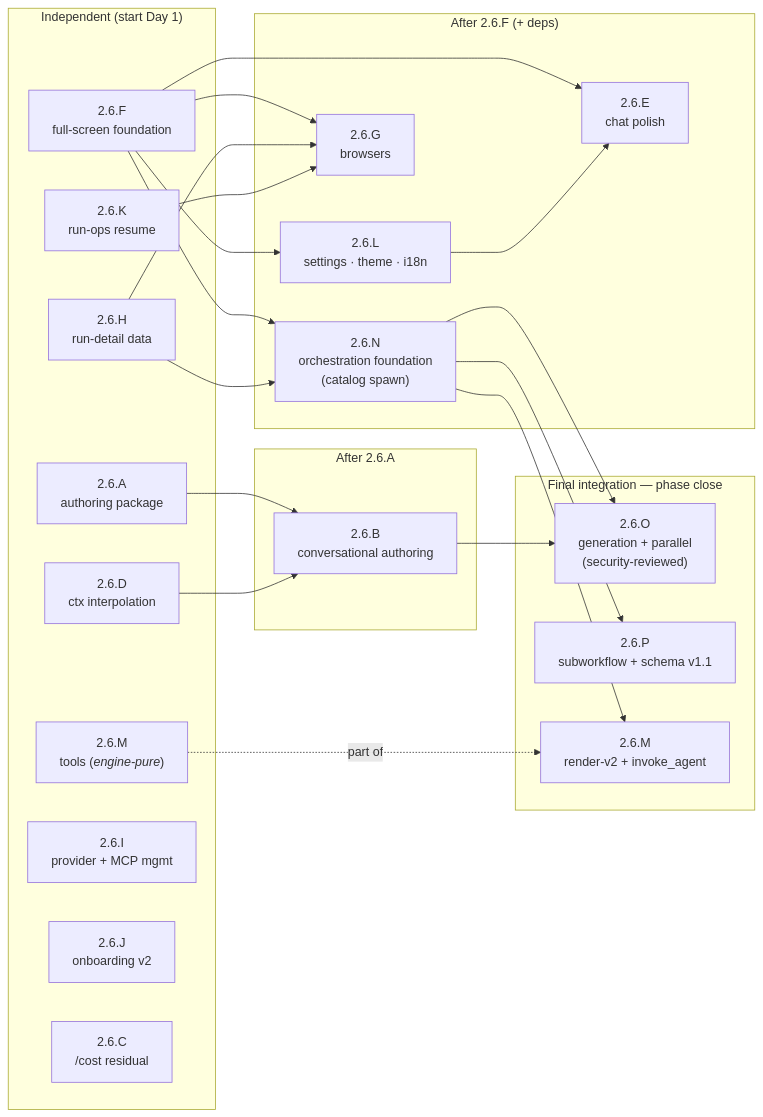
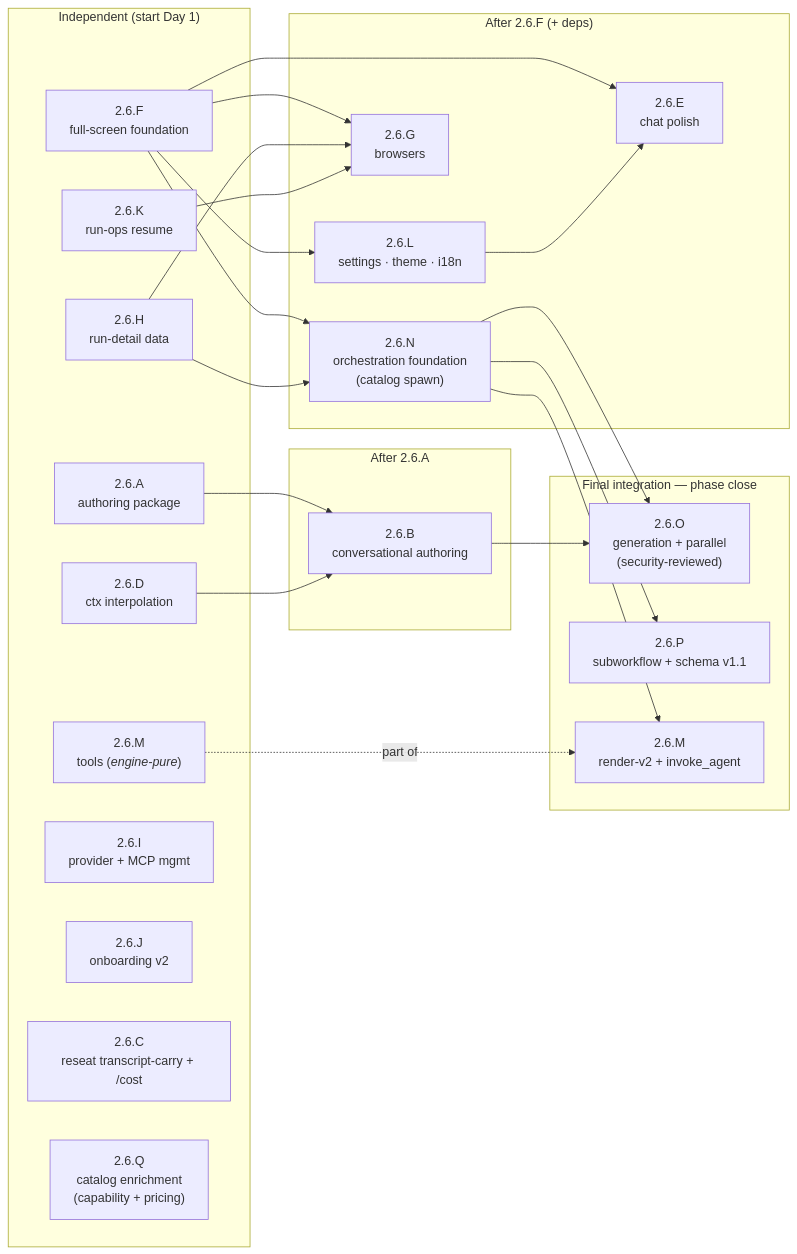
Before and after one commit to HodeTech/Relavium: the diagram in docs/roadmap/phases/phase-2.6-conversational-authoring.md, drawn with Mermaid. The commit also changed other lines of this file and 2 other files, not shown here.

````diff
--- a/docs/roadmap/phases/phase-2.6-conversational-authoring.md
+++ b/docs/roadmap/phases/phase-2.6-conversational-authoring.md
@@ -1039,47 +1181,48 @@
 ```mermaid
 flowchart LR
     subgraph Day1["Independent (start Day 1)"]
         F["2.6.F<br/>full-screen foundation"]
         H["2.6.H<br/>run-detail data"]
         A["2.6.A<br/>authoring package"]
         K["2.6.K<br/>run-ops resume"]
         D["2.6.D<br/>ctx interpolation"]
         M_t["2.6.M<br/>tools (<i>engine-pure</i>)"]
         I["2.6.I<br/>provider + MCP mgmt"]
         J["2.6.J<br/>onboarding v2"]
-        C["2.6.C<br/>/cost residual"]
+        C["2.6.C<br/>reseat transcript-carry + /cost"]
+        Q["2.6.Q<br/>catalog enrichment<br/>(capability + pricing)"]
     end
 
     subgraph AfterF["After 2.6.F (+ deps)"]
         L["2.6.L<br/>settings · theme · i18n"]
         G["2.6.G<br/>browsers"]
         E["2.6.E<br/>chat polish"]
         N["2.6.N<br/>orchestration foundation<br/>(catalog spawn)"]
     end
 
     subgraph AfterA["After 2.6.A"]
         B["2.6.B<br/>conversational authoring"]
     end
 
     subgraph Final["Final integration — phase close"]
         O["2.6.O<br/>generation + parallel<br/>(security-reviewed)"]
         P["2.6.P<br/>subworkflow + schema v1.1"]
         M_r["2.6.M<br/>render-v2 + invoke_agent"]
     end
 
     F --> L
     F --> G
     F --> E
     F --> N
     H --> G
     K --> G
     A --> B
     D --> B
     H --> N
     L --> E
     N --> O
     N --> P
     B --> O
     N --> M_r
     M_t -. part of .-> M_r
 ```
````
